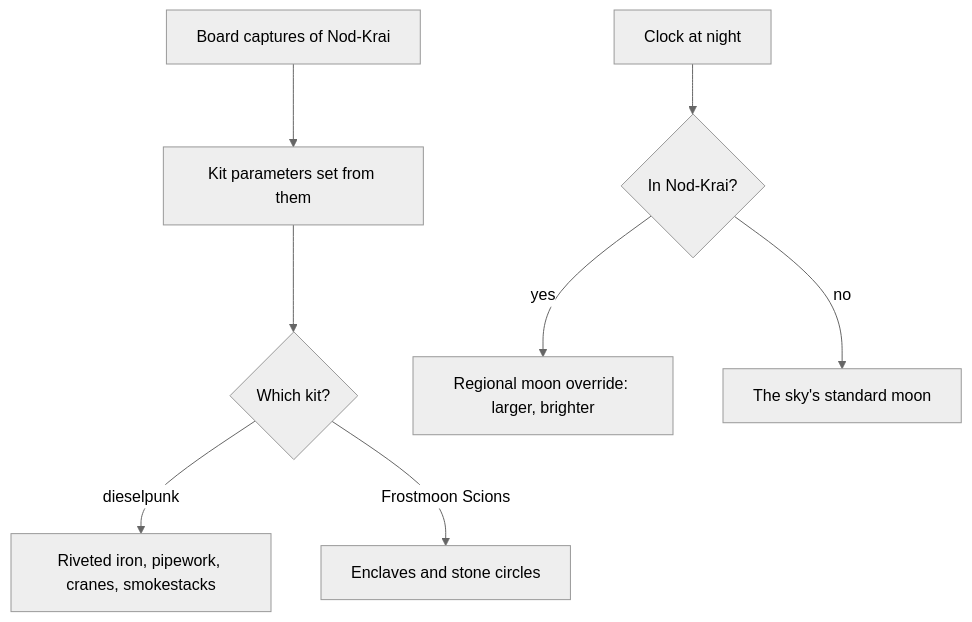
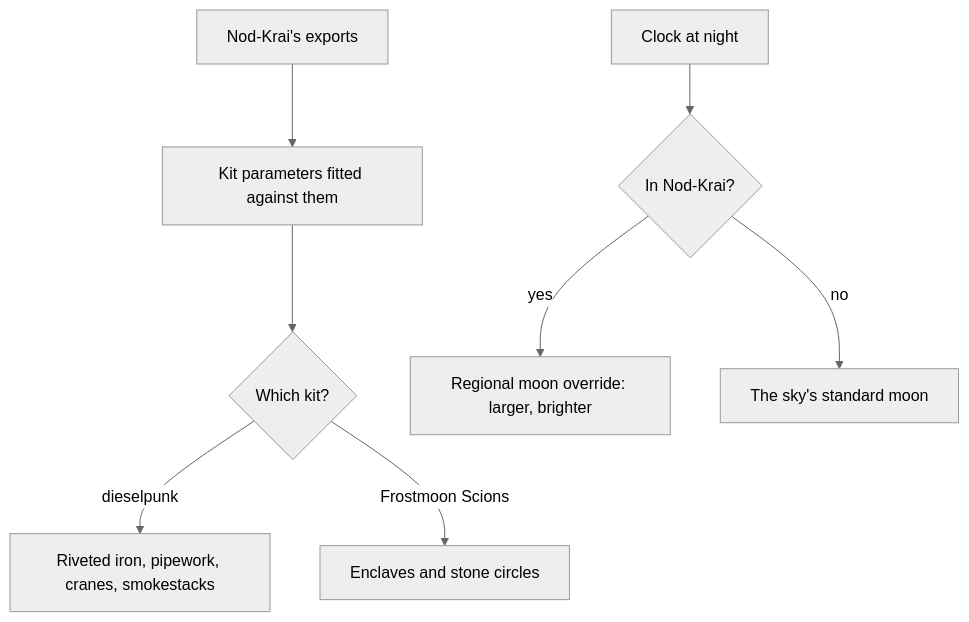
One commit to Esposter/Esposter changed the diagram in apps/web/content/docs/proposals/genshin/nod-krai.md. Above: the diagram before and after it, drawn with Mermaid (neutral theme). The commit also changed other lines of this file and 2 other files, not shown here.

First line of the commit message:
docs(genshin): the late regions' kits are fitted against their own exports, not the rejected board's captures

````diff
--- a/apps/web/content/docs/proposals/genshin/nod-krai.md
+++ b/apps/web/content/docs/proposals/genshin/nod-krai.md
@@ -20,10 +20,10 @@
 ```mermaid
 flowchart TD
-  CAP[Board captures of Nod-Krai] --> PK[Kit parameters set from them]
+  EXP[Nod-Krai's exports] --> PK[Kit parameters fitted against them]
   PK --> KI{Which kit?}
   KI -->|dieselpunk| DP[Riveted iron, pipework, cranes, smokestacks]
   KI -->|Frostmoon Scions| FS[Enclaves and stone circles]
   CLK[Clock at night] --> MO{In Nod-Krai?}
   MO -->|yes| BIG[Regional moon override: larger, brighter]
   MO -->|no| STD[The sky's standard moon]
 ```
````
